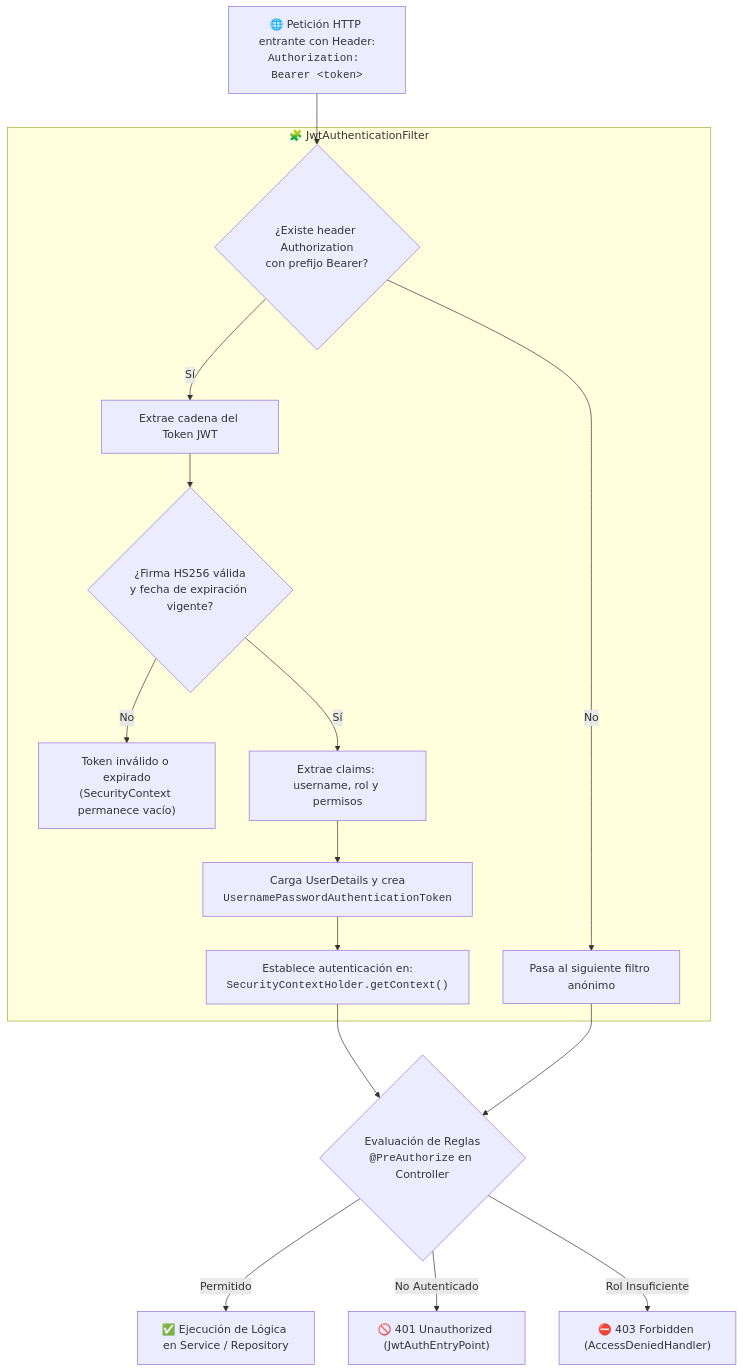
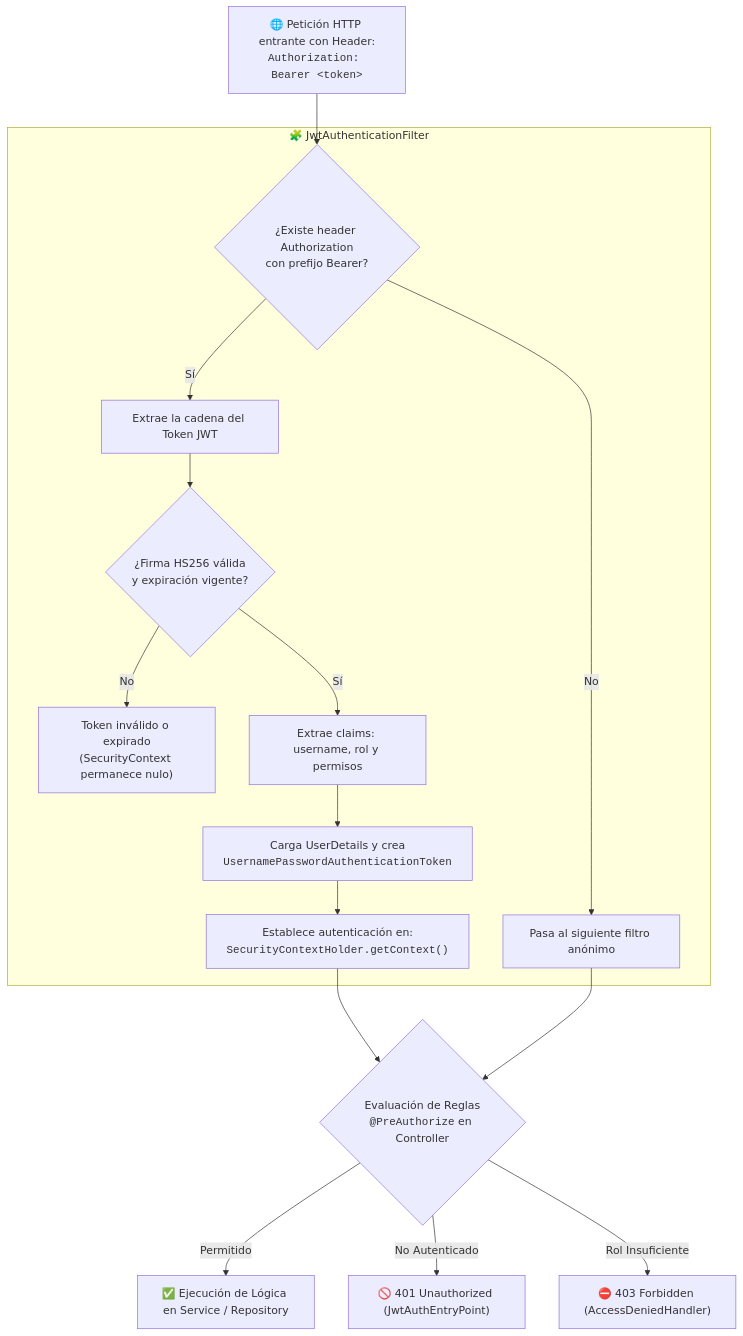
One commit to WRivxs/SGTU-Tutorias-Universitarias changed the third of 3 diagrams in docs/Entrega3_Arquitectura_Seguridad.md. Above: the diagram before and after it, drawn with Mermaid. The commit also changed other lines of this file, not shown here.

Commit message:
docs: ampliacion tecnica de Entrega 3 con stack, capas, JWT, transacciones y CORS

````diff
--- a/docs/Entrega3_Arquitectura_Seguridad.md
+++ b/docs/Entrega3_Arquitectura_Seguridad.md
@@ -118,22 +221,22 @@
 ```mermaid
 flowchart TD
     A["🌐 Petición HTTP entrante con Header:<br/><code>Authorization: Bearer &lt;token&gt;</code>"] --> B
 
     subgraph Filter ["🧩 JwtAuthenticationFilter"]
         B{"¿Existe header Authorization<br/>con prefijo Bearer?"}
         B -->|No| C["Pasa al siguiente filtro anónimo"]
-        B -->|Sí| D["Extrae cadena del Token JWT"]
-        D --> E{"¿Firma HS256 válida<br/>y fecha de expiración vigente?"}
-        E -->|No| F["Token inválido o expirado<br/>(SecurityContext permanece vacío)"]
+        B -->|Sí| D["Extrae la cadena del Token JWT"]
+        D --> E{"¿Firma HS256 válida<br/>y expiración vigente?"}
+        E -->|No| F["Token inválido o expirado<br/>(SecurityContext permanece nulo)"]
         E -->|Sí| G["Extrae claims: username, rol y permisos"]
         G --> H["Carga UserDetails y crea<br/><code>UsernamePasswordAuthenticationToken</code>"]
         H --> I["Establece autenticación en:<br/><code>SecurityContextHolder.getContext()</code>"]
     end
 
     I --> J{"Evaluación de Reglas<br/><code>@PreAuthorize</code> en Controller"}
     C --> J
 
     J -->|Permitido| K["✅ Ejecución de Lógica en Service / Repository"]
     J -->|No Autenticado| L["🚫 401 Unauthorized (JwtAuthEntryPoint)"]
     J -->|Rol Insuficiente| M["⛔ 403 Forbidden (AccessDeniedHandler)"]
 ```
````
